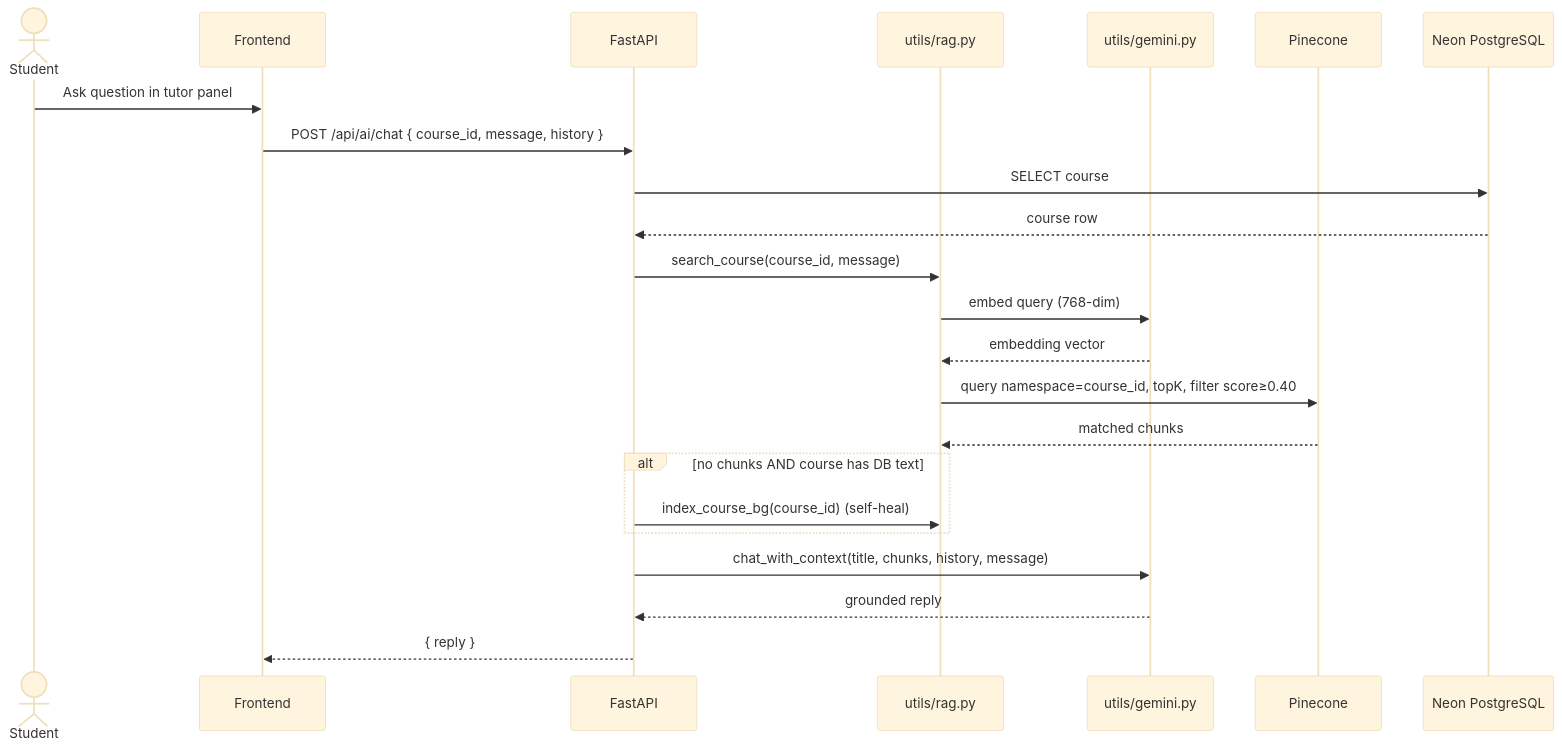
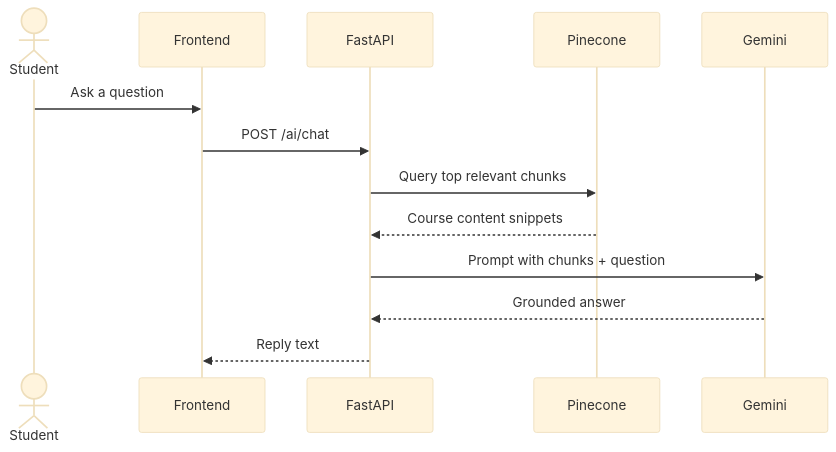
Before and after one commit to yazidha09/Hub4Learners: the third of 4 diagrams in docs/sprints/SPRINT_3.md, drawn with Mermaid (base theme). The commit also changed other lines of this file and 14 other files, not shown here.

````diff
--- a/docs/sprints/SPRINT_3.md
+++ b/docs/sprints/SPRINT_3.md
@@ -114,26 +94,16 @@
 ```mermaid
 sequenceDiagram
     actor Student
     participant Frontend
-    participant FastAPI
-    participant RAG as utils/rag.py
-    participant Gemini as utils/gemini.py
+    participant API as FastAPI
     participant Pinecone
-    participant DB as Neon PostgreSQL
+    participant Gemini
 
-    Student->>Frontend: Ask question in tutor panel
-    Frontend->>FastAPI: POST /api/ai/chat { course_id, message, history }
-    FastAPI->>DB: SELECT course
-    DB-->>FastAPI: course row
-    FastAPI->>RAG: search_course(course_id, message)
-    RAG->>Gemini: embed query (768-dim)
-    Gemini-->>RAG: embedding vector
-    RAG->>Pinecone: query namespace=course_id, topK, filter score≥0.40
-    Pinecone-->>RAG: matched chunks
-    alt no chunks AND course has DB text
-        FastAPI->>RAG: index_course_bg(course_id) (self-heal)
-    end
-    FastAPI->>Gemini: chat_with_context(title, chunks, history, message)
-    Gemini-->>FastAPI: grounded reply
-    FastAPI-->>Frontend: { reply }
+    Student->>Frontend: Ask a question
+    Frontend->>API: POST /ai/chat
+    API->>Pinecone: Query top relevant chunks
+    Pinecone-->>API: Course content snippets
+    API->>Gemini: Prompt with chunks + question
+    Gemini-->>API: Grounded answer
+    API-->>Frontend: Reply text
 ```
````
